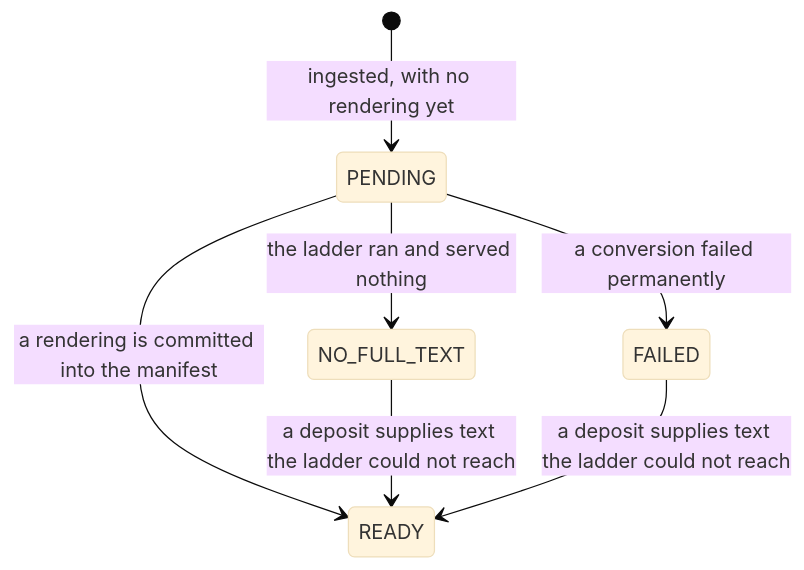
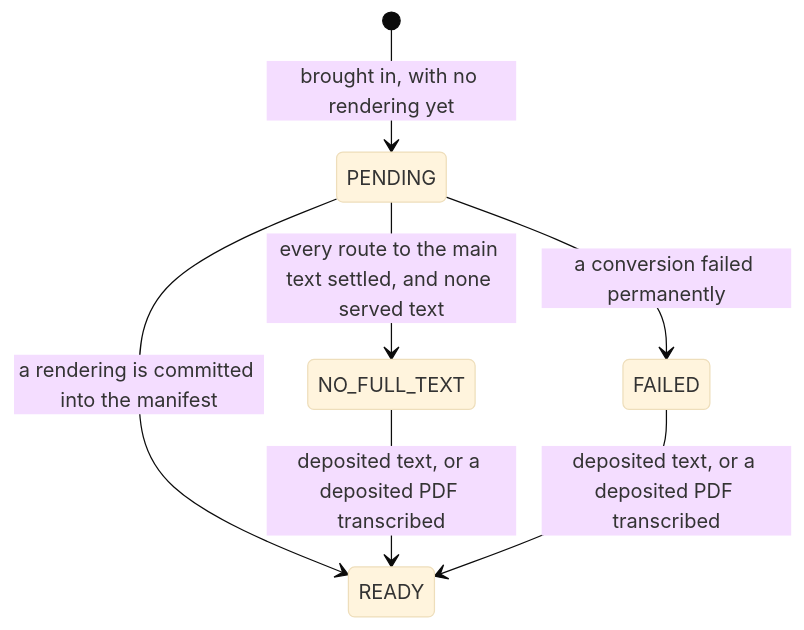
The fourth of 5 diagrams in docs/design/evidence-fulltext.md (populationgenomics/themis), drawn with Mermaid (base theme) before and after one commit. The commit also changed other lines of this file and 4 other files, not shown here.

````diff
--- a/docs/design/evidence-fulltext.md
+++ b/docs/design/evidence-fulltext.md
@@ -85,9 +587,9 @@
 ```mermaid
 stateDiagram-v2
-    [*] --> PENDING: ingested, with no rendering yet
+    [*] --> PENDING: brought in, with no rendering yet
     PENDING --> READY: a rendering is committed into the manifest
-    PENDING --> NO_FULL_TEXT: the ladder ran and served nothing
+    PENDING --> NO_FULL_TEXT: every route to the main text settled, and none served text
     PENDING --> FAILED: a conversion failed permanently
-    NO_FULL_TEXT --> READY: a deposit supplies text the ladder could not reach
-    FAILED --> READY: a deposit supplies text the ladder could not reach
+    NO_FULL_TEXT --> READY: deposited text, or a deposited PDF transcribed
+    FAILED --> READY: deposited text, or a deposited PDF transcribed
 ```
````
